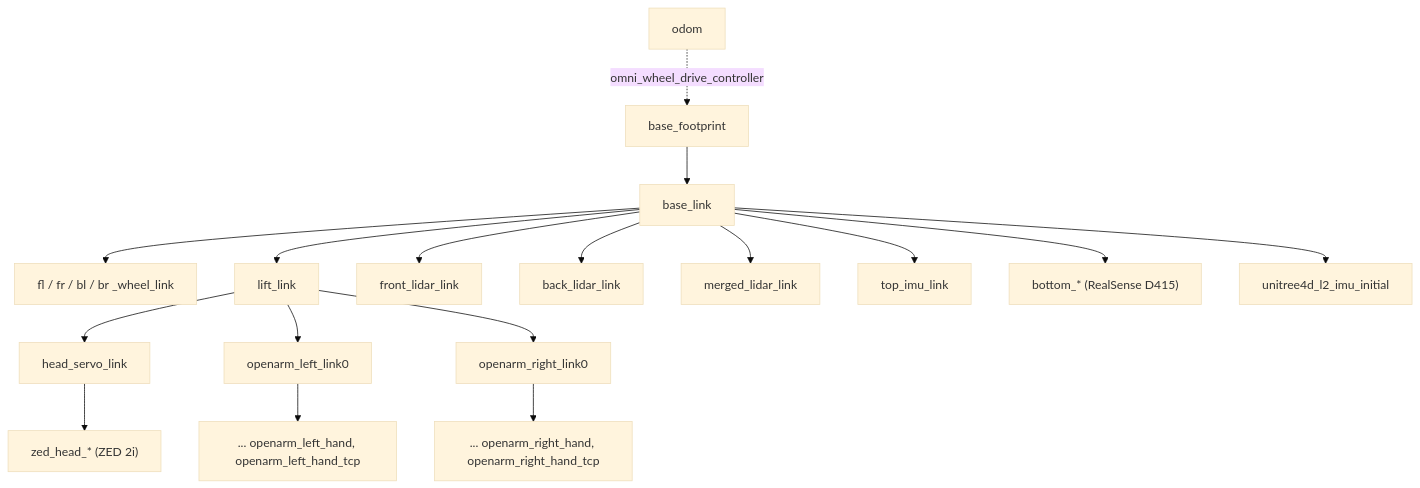
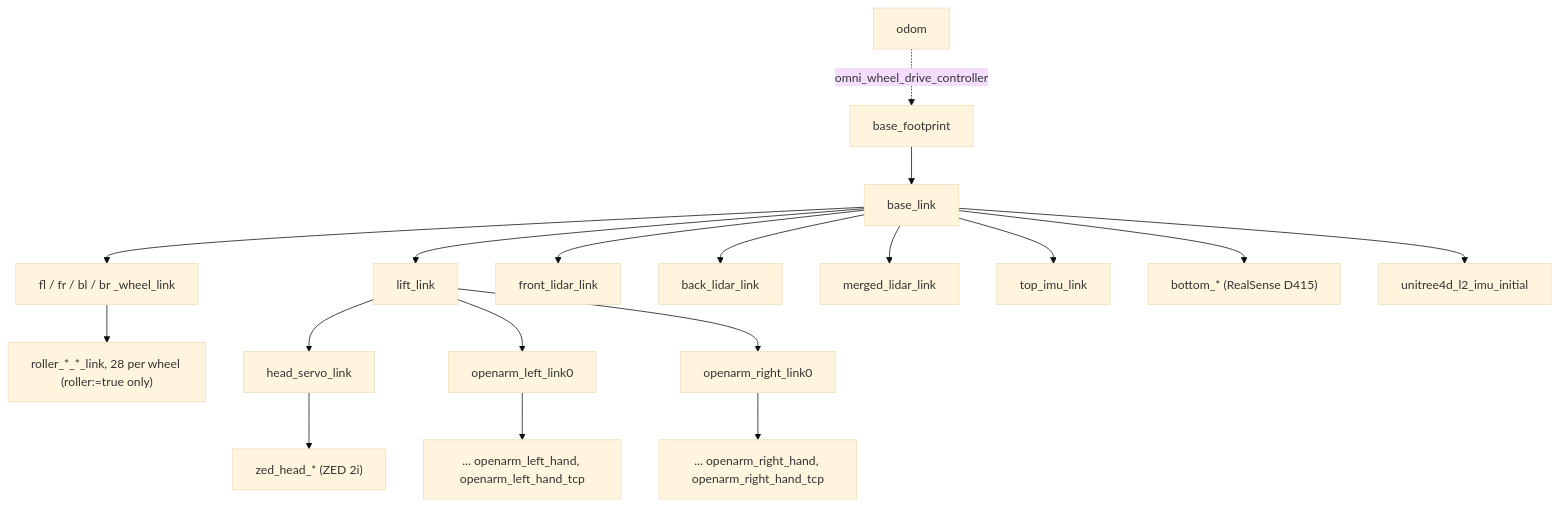
One commit to EIC-Robocup-2026/walkie-ros changed the diagram in docs/reference/robot-description.md. Above: the diagram before and after it, drawn with Mermaid (base theme). The commit also changed other lines of this file and 3 other files, not shown here.

````diff
--- a/docs/reference/robot-description.md
+++ b/docs/reference/robot-description.md
@@ -225,19 +289,20 @@
 ```mermaid
 graph TD
     odom -.->|omni_wheel_drive_controller| base_footprint
     base_footprint --> base_link
     base_link --> wheels["fl / fr / bl / br _wheel_link"]
+    wheels --> rollers["roller_*_*_link, 28 per wheel (roller:=true only)"]
     base_link --> lift_link
     base_link --> front_lidar_link
     base_link --> back_lidar_link
     base_link --> merged_lidar_link
     base_link --> top_imu_link
     base_link --> bottom["bottom_* (RealSense D415)"]
     base_link --> unitree4d_l2_imu_initial
     lift_link --> head_servo_link
     head_servo_link --> zed["zed_head_* (ZED 2i)"]
     lift_link --> openarm_left_link0
     lift_link --> openarm_right_link0
     openarm_left_link0 --> left_hand["... openarm_left_hand, openarm_left_hand_tcp"]
     openarm_right_link0 --> right_hand["... openarm_right_hand, openarm_right_hand_tcp"]
 ```
````
